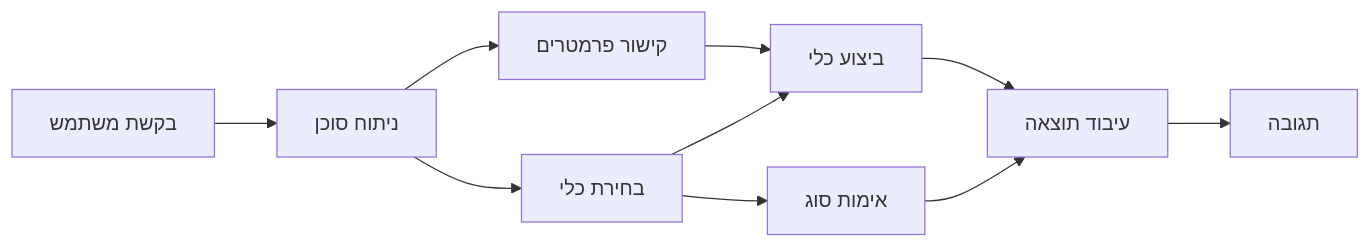
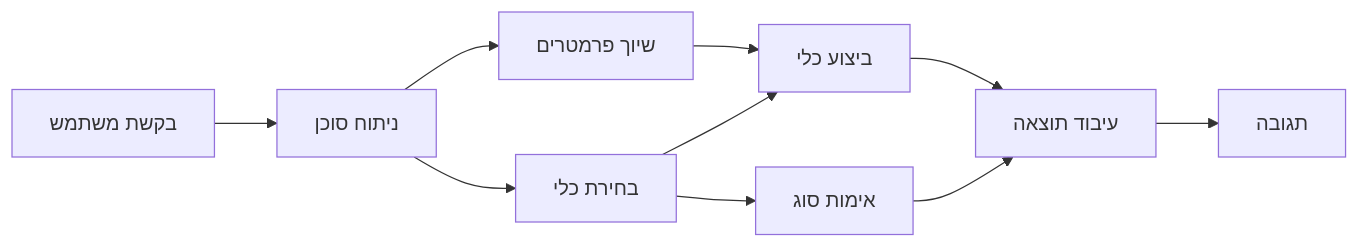
The diagram in translations/he/04-tool-use/code_samples/04-dotnet-agent-framework.md (venturemavenwill/azureaifundamentals), drawn with Mermaid before and after one commit. The commit also changed other lines of this file and 2002 other files, not shown here.

````diff
--- a/translations/he/04-tool-use/code_samples/04-dotnet-agent-framework.md
+++ b/translations/he/04-tool-use/code_samples/04-dotnet-agent-framework.md
@@ -40,12 +40,12 @@
 ```mermaid
 graph LR
     A[בקשת משתמש] --> B[ניתוח סוכן]
     B --> C[בחירת כלי]
     C --> D[אימות סוג]
-    B --> E[קישור פרמטרים]
+    B --> E[שיוך פרמטרים]
     E --> F[ביצוע כלי]
     C --> F
     F --> G[עיבוד תוצאה]
     D --> G
     G --> H[תגובה]
 ```
````
